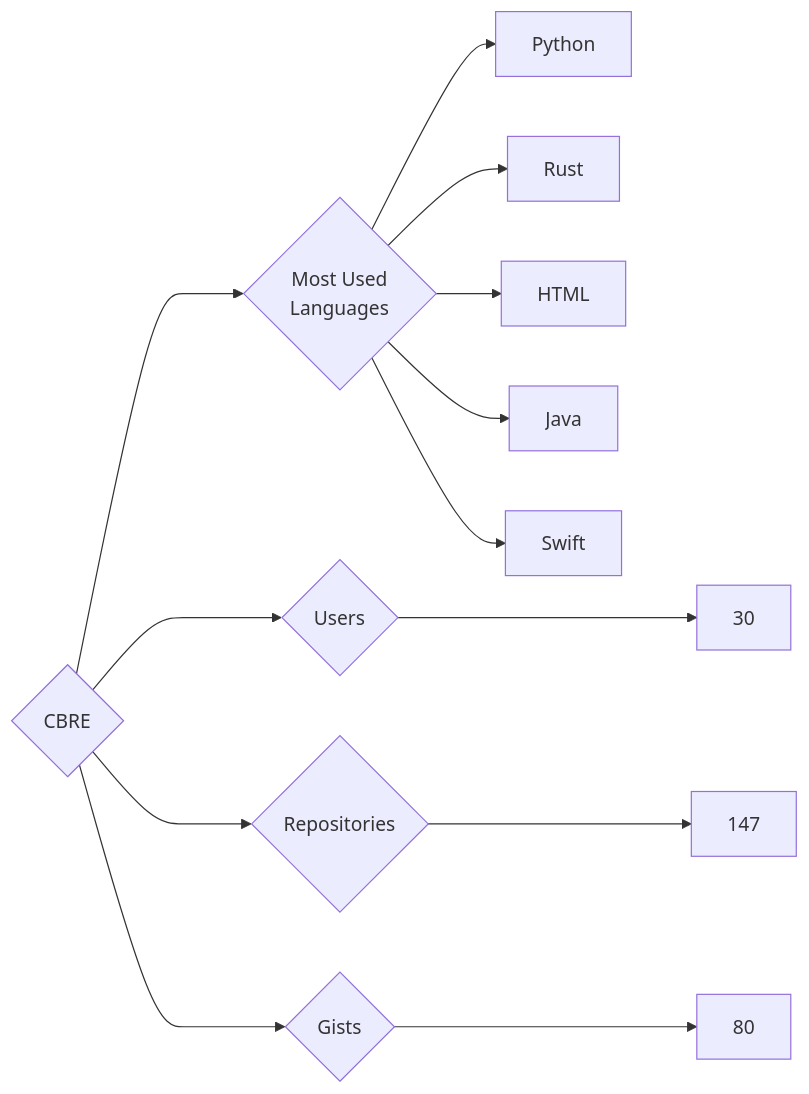
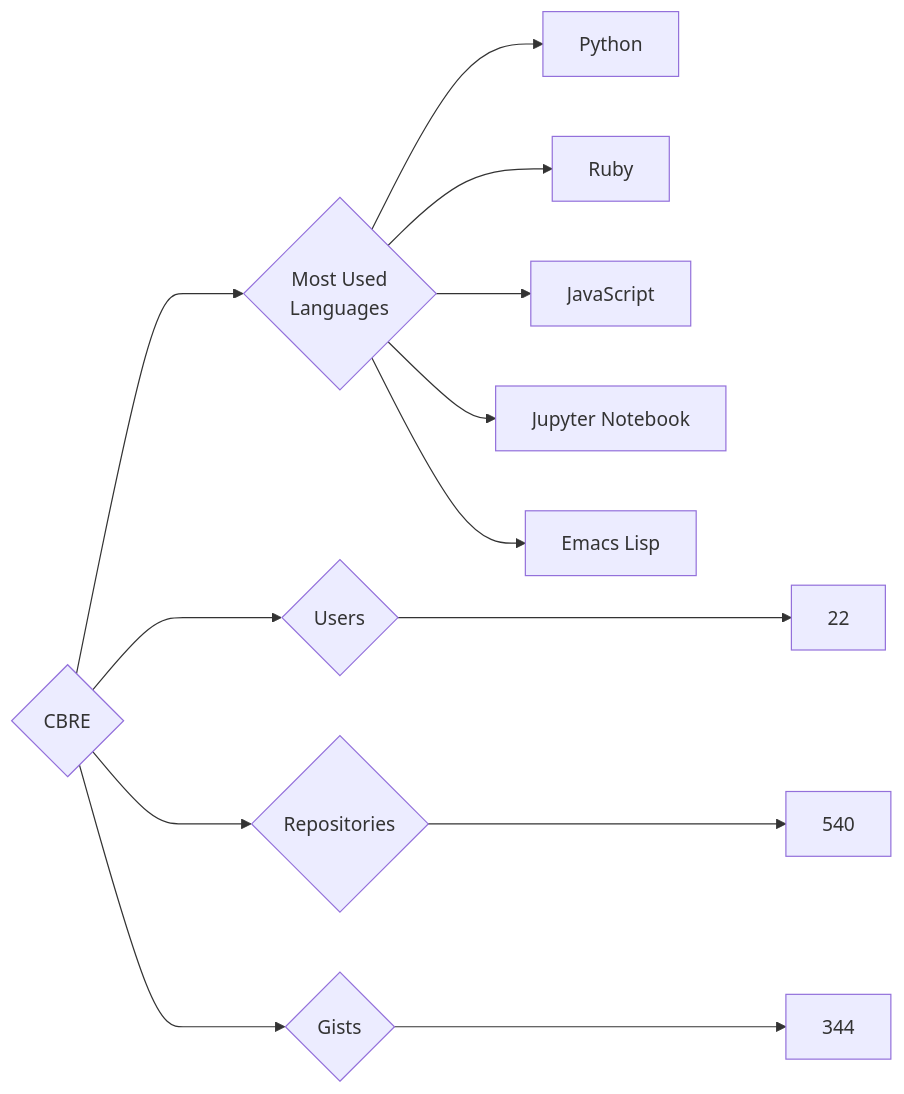
Before and after one commit to trickest/insiders: the diagram in targets/CBRE/README.md, drawn with Mermaid. The commit also changed 736 other files, not shown here.

````diff
--- a/targets/CBRE/README.md
+++ b/targets/CBRE/README.md
@@ -3,13 +3,13 @@
 ```mermaid
 graph LR
 COMPANY_NAME{CBRE}
-COMPANY_NAME ---> U{Users} ---> UN[30]
-COMPANY_NAME ---> R{Repositories} ---> RN[147]
-COMPANY_NAME ---> G{Gists} ---> GN[80]
+COMPANY_NAME ---> U{Users} ---> UN[22]
+COMPANY_NAME ---> R{Repositories} ---> RN[540]
+COMPANY_NAME ---> G{Gists} ---> GN[344]
 COMPANY_NAME ---> ML{Most Used<br>Languages}
 ML --> Python[Python]
-ML --> Rust[Rust]
-ML --> HTML[HTML]
-ML --> Java[Java]
-ML --> Swift[Swift]
+ML --> Ruby[Ruby]
+ML --> JavaScript[JavaScript]
+ML --> Jupyter_Notebook[Jupyter Notebook]
+ML --> Emacs_Lisp[Emacs Lisp]
 ```
````
